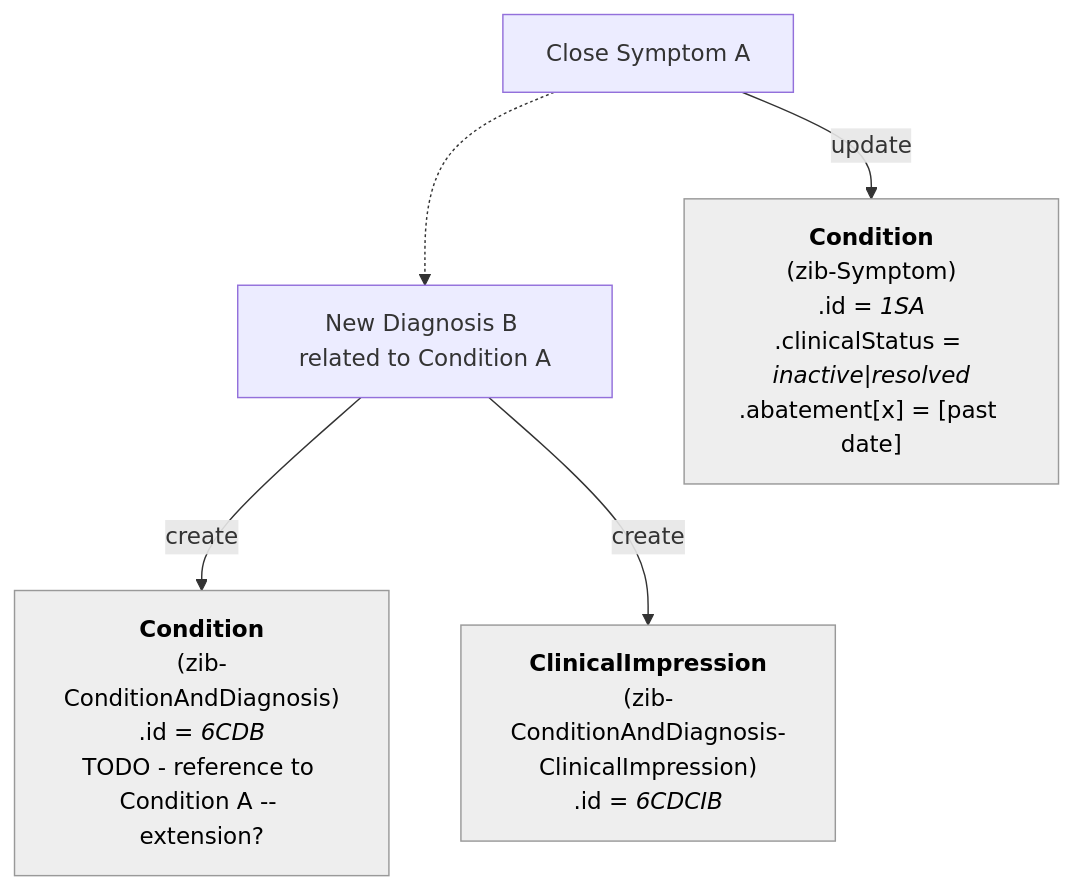
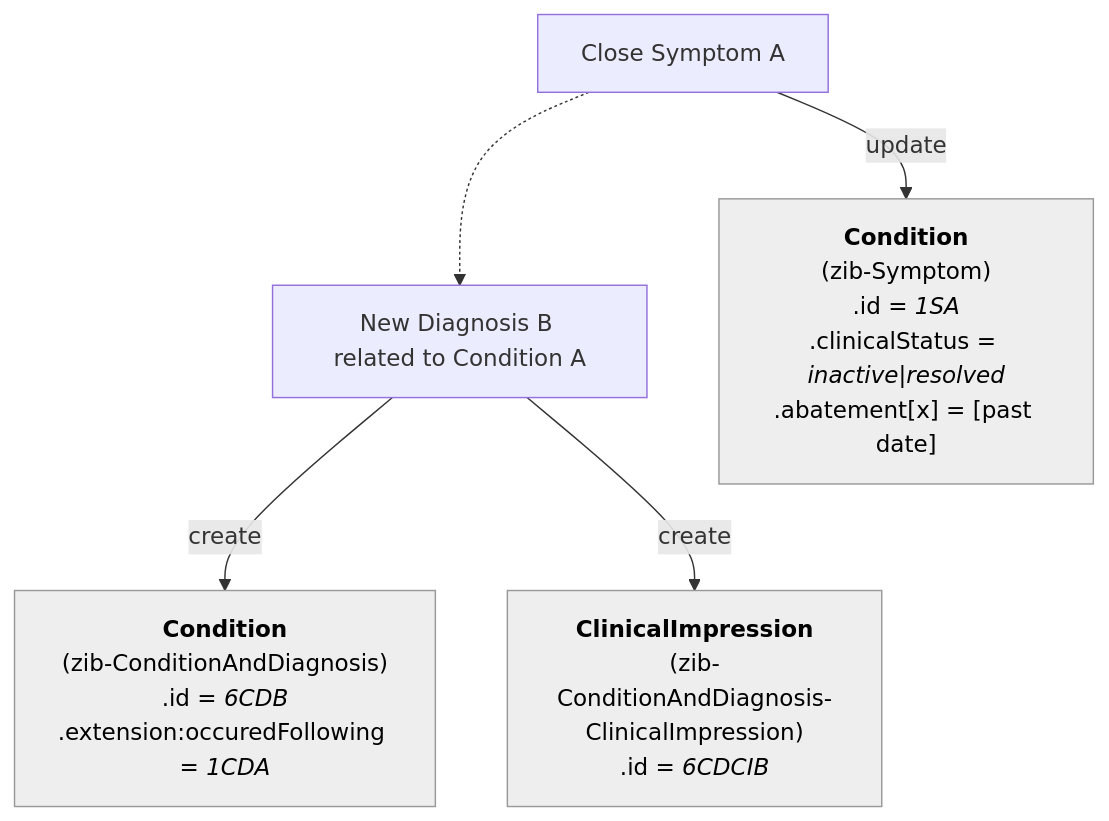
One commit to Nictiz/Nictiz-R4-zib2024 changed the seventh of 8 diagrams in documentation/Condition-Diagnosis-Symptom.md. Above: the diagram before and after it, drawn with Mermaid. The commit also changed other lines of this file, not shown here.

````diff
--- a/documentation/Condition-Diagnosis-Symptom.md
+++ b/documentation/Condition-Diagnosis-Symptom.md
@@ -200,31 +200,31 @@
 ```mermaid
 flowchart TB
 
 CloseSymptom_A["`Close Symptom A`"]
 NewDiagnosis_B["`New Diagnosis B related to Condition A`"]
 
 CloseSymptom_A -.-> NewDiagnosis_B
 
     S_A["`**Condition**
         (zib-Symptom)
         .id = _1SA_
         .clinicalStatus = _inactive_|_resolved_
         .abatement[x] = [past date]`"]    
 
     CD_B["`**Condition**
         (zib-ConditionAndDiagnosis)
         .id = _6CDB_
-        TODO - reference to Condition A -- extension?`"] 
+        .extension:occuredFollowing = _1CDA_`"] 
     CDCI_B["`**ClinicalImpression**
         (zib-ConditionAndDiagnosis-ClinicalImpression)
         .id = _6CDCIB_`"] 
 
     S_A:::Ash
     CD_B:::Ash
     CDCI_B:::Ash
     classDef Ash stroke-width:1px, stroke-dasharray:none, stroke:#999999, fill:#EEEEEE, color:#000000
 
 CloseSymptom_A -- update --> S_A
 NewDiagnosis_B -- create --> CD_B
 NewDiagnosis_B -- create --> CDCI_B
 ```
````
